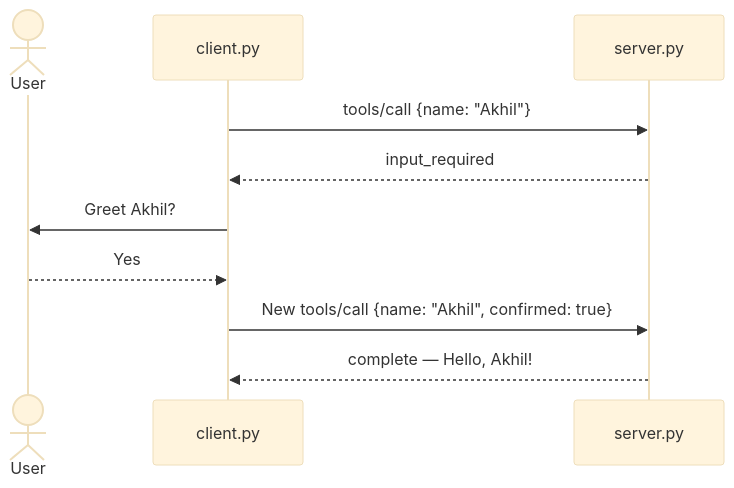
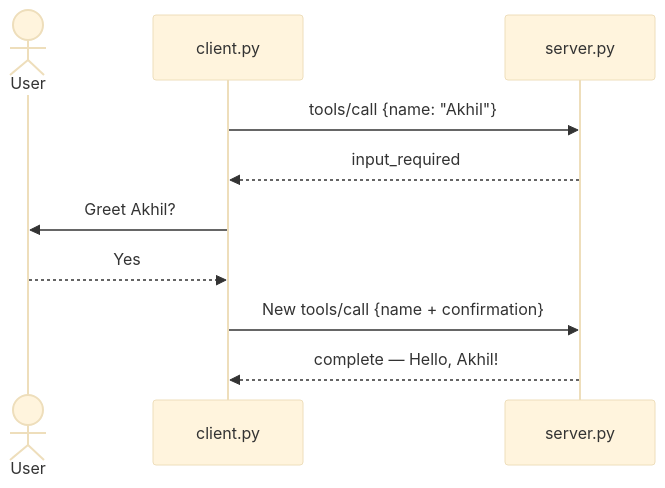
One commit to cakhiltej9001-source/stateless-mcp-python-demo changed the second of 3 diagrams in README.md. Above: the diagram before and after it, drawn with Mermaid (base theme). The commit also changed other lines of this file and 4 other files, not shown here.

````diff
--- a/README.md
+++ b/README.md
@@ -52,13 +89,13 @@
 ```mermaid
 sequenceDiagram
     actor User
     participant Client as client.py
     participant Server as server.py
 
     Client->>Server: tools/call {name: "Akhil"}
     Server-->>Client: input_required
     Client->>User: Greet Akhil?
     User-->>Client: Yes
-    Client->>Server: New tools/call {name: "Akhil", confirmed: true}
+    Client->>Server: New tools/call {name + confirmation}
     Server-->>Client: complete — Hello, Akhil!
 ```
````
